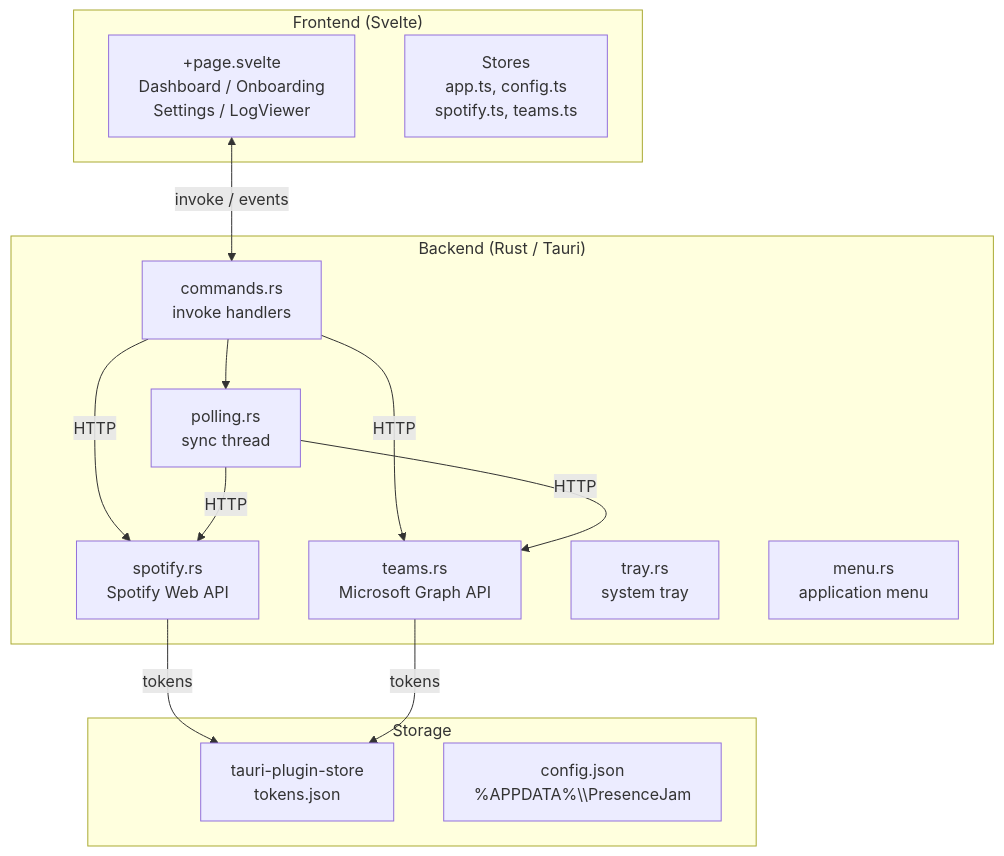
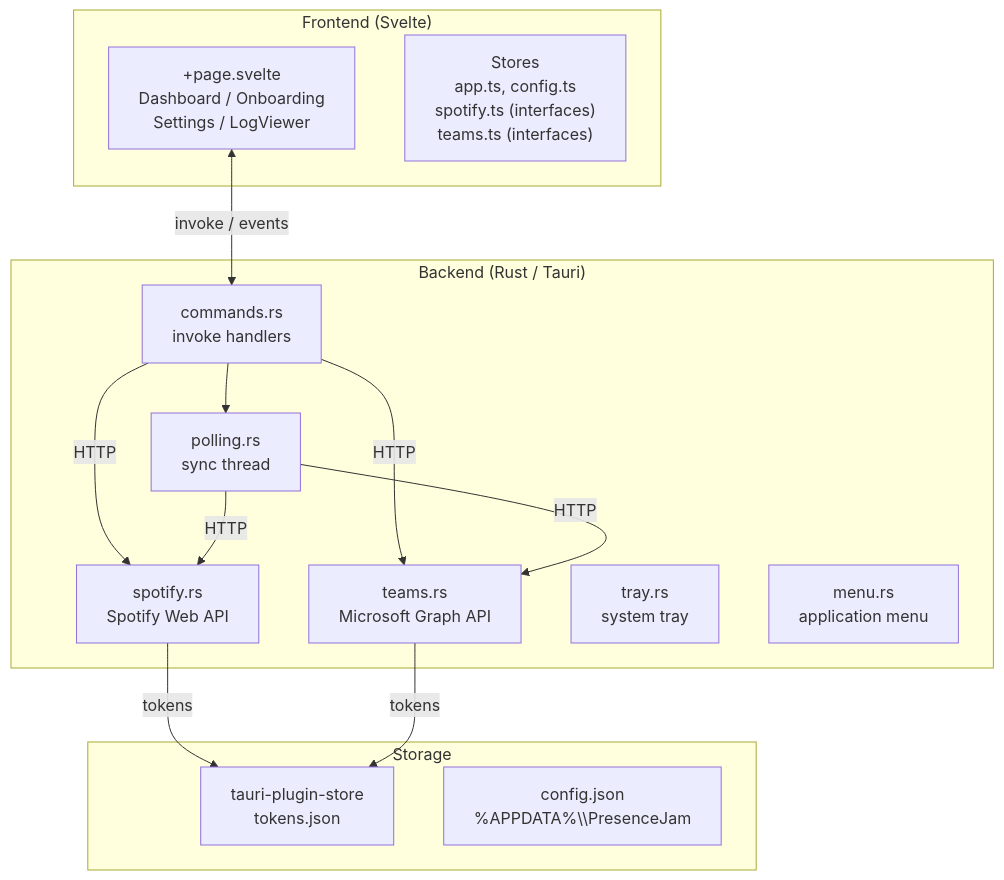
Before and after one commit to Carme99/PresenceJam-Desktop: the first of 8 diagrams in ARCHITECTURE.md, drawn with Mermaid. The commit also changed other lines of this file, not shown here.

Commit message:
docs: update ARCHITECTURE.md for v2.5 changes

````diff
--- a/ARCHITECTURE.md
+++ b/ARCHITECTURE.md
@@ -17,30 +17,30 @@
 ```mermaid
 graph TD
     subgraph Frontend ["Frontend (Svelte)"]
         UI["+page.svelte<br/>Dashboard / Onboarding<br/>Settings / LogViewer"]
-        Stores["Stores<br/>app.ts, config.ts<br/>spotify.ts, teams.ts"]
+        Stores["Stores<br/>app.ts, config.ts<br/>spotify.ts (interfaces)<br/>teams.ts (interfaces)"]
     end
 
     subgraph Backend ["Backend (Rust / Tauri)"]
         Commands["commands.rs<br/>invoke handlers"]
         Polling["polling.rs<br/>sync thread"]
         SpotifyAPI["spotify.rs<br/>Spotify Web API"]
         TeamsAPI["teams.rs<br/>Microsoft Graph API"]
         Tray["tray.rs<br/>system tray"]
         Menu["menu.rs<br/>application menu"]
     end
 
     subgraph Storage ["Storage"]
         TokenStore["tauri-plugin-store<br/>tokens.json"]
         Config["config.json<br/>%APPDATA%\\PresenceJam"]
     end
 
     UI <-->|"invoke / events"| Commands
     Commands -->|"HTTP"| SpotifyAPI
     Commands -->|"HTTP"| TeamsAPI
     Polling -->|"HTTP"| SpotifyAPI
     Polling -->|"HTTP"| TeamsAPI
     Commands --> Polling
     SpotifyAPI -->|"tokens"| TokenStore
     TeamsAPI -->|"tokens"| TokenStore
 ```
````
